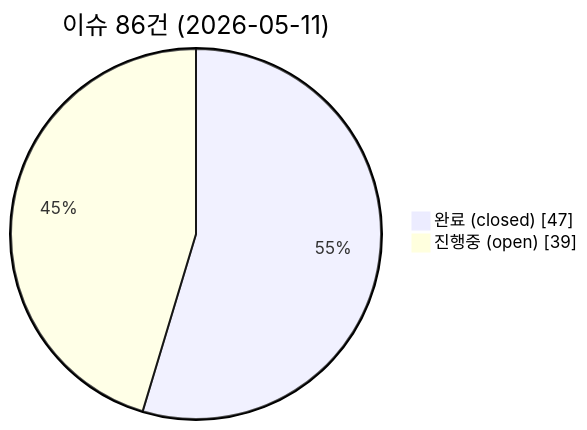
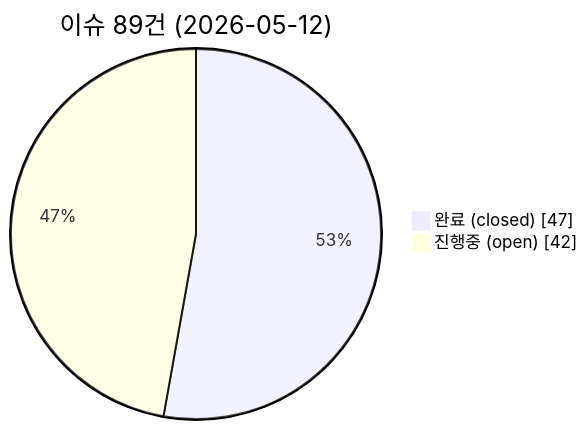
One commit to holee9/MD-process changed the first of 3 diagrams in README.md. Above: the diagram before and after it, drawn with Mermaid. The commit also changed other lines of this file, not shown here.

````diff
--- a/README.md
+++ b/README.md
@@ -89,6 +89,6 @@
 ```mermaid
 pie showData
-    title 이슈 86건 (2026-05-11)
+    title 이슈 89건 (2026-05-12)
     "완료 (closed)" : 47
-    "진행중 (open)" : 39
+    "진행중 (open)" : 42
 ```
````
